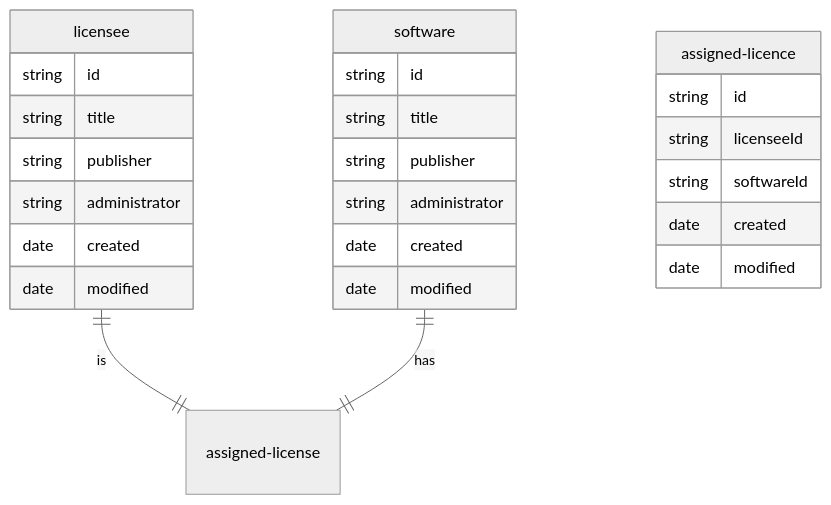
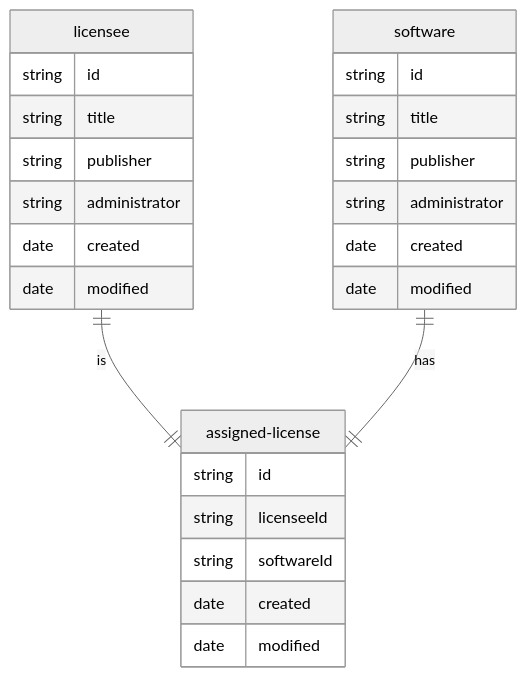
The diagram in technical.md (bcgov/citz-imb-slam-api), drawn with Mermaid (neutral theme) before and after one commit.

````diff
--- a/technical.md
+++ b/technical.md
@@ -7,29 +7,29 @@
 ```mermaid
 erDiagram
     licensee ||--|| assigned-license: is
     licensee {
         string id
         string title
         string publisher
         string administrator
         date created
         date modified
     }
     software ||--|| assigned-license: has
     software {
         string id
         string title
         string publisher
         string administrator
         date created
         date modified
     }
-    assigned-licence {
+    assigned-license {
         string id
         string licenseeId
         string softwareId
         date created
         date modified
     }
     
 ```
````
